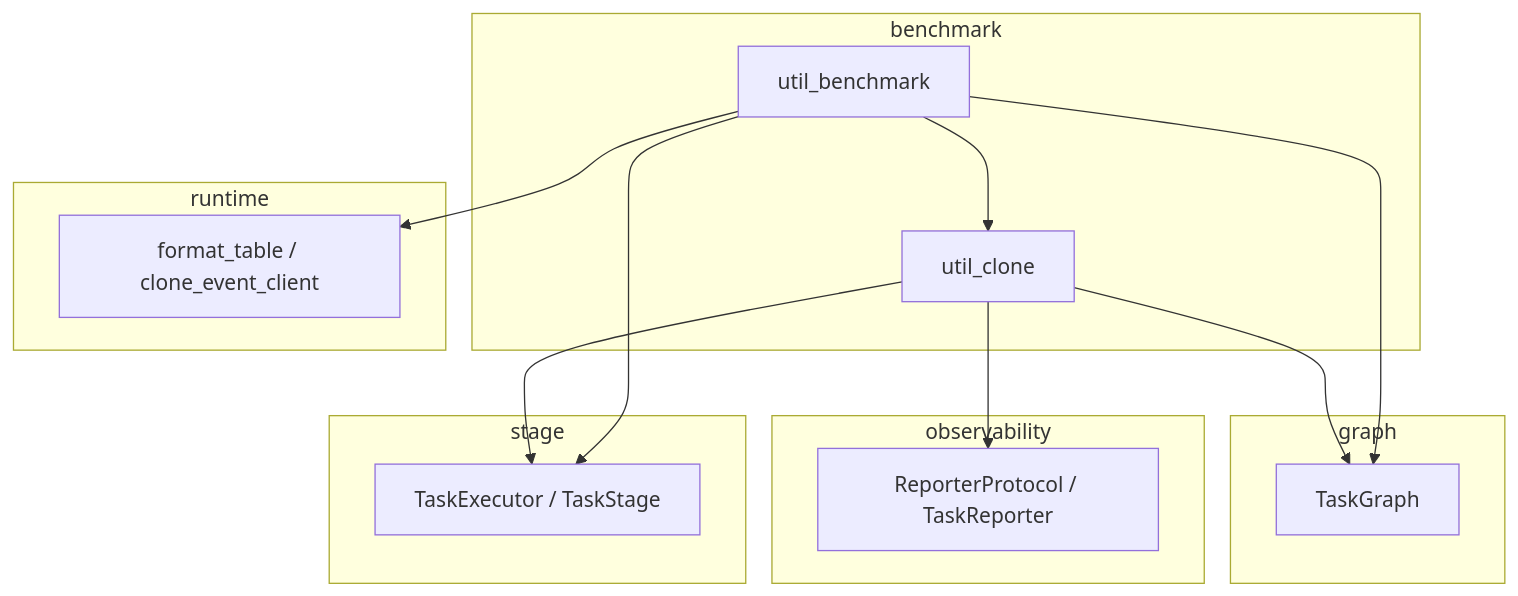
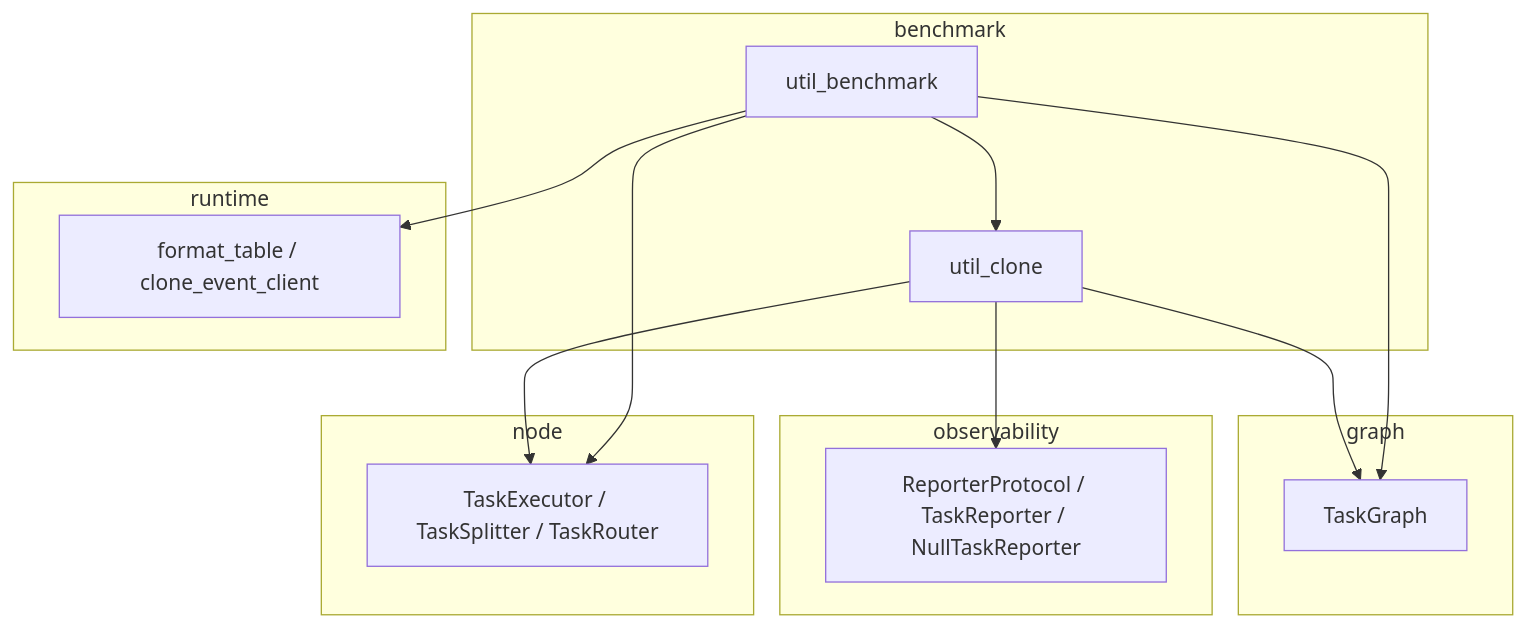
Before and after one commit to Mr-xiaotian/CelestialFlow: the diagram in docs/zh-CN/src/benchmark/__init__.md, drawn with Mermaid. The commit also changed other lines of this file and 80 other files, not shown here.

````diff
--- a/docs/zh-CN/src/benchmark/__init__.md
+++ b/docs/zh-CN/src/benchmark/__init__.md
@@ -56,31 +57,31 @@
 ```mermaid
 graph TD
     subgraph benchmark
         UB["util_benchmark"]
         UC["util_clone"]
     end
 
-    subgraph stage
-        S["TaskExecutor / TaskStage"]
+    subgraph node
+        S["TaskExecutor / TaskSplitter / TaskRouter"]
     end
 
     subgraph graph
         G["TaskGraph"]
     end
 
     subgraph runtime
         R["format_table / clone_event_client"]
     end
 
     subgraph observability
-        O["ReporterProtocol / TaskReporter"]
+        O["ReporterProtocol / TaskReporter / NullTaskReporter"]
     end
 
     UB --> UC
     UB --> S
     UB --> G
     UB --> R
     UC --> S
     UC --> G
     UC --> O
 ```
````
